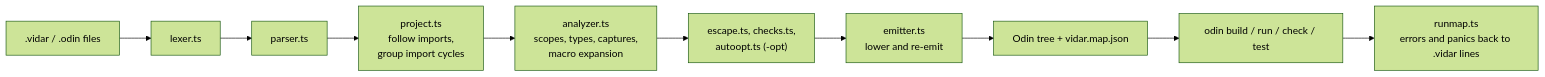
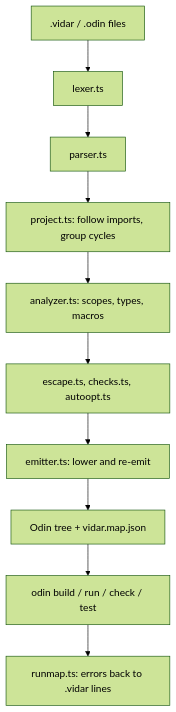
One commit to saenai255/vidar-lang changed the diagram in docs/internals/architecture.md. Above: the diagram before and after it, drawn with Mermaid (forest theme). The commit also changed 16 other files, not shown here.

````diff
--- a/docs/internals/architecture.md
+++ b/docs/internals/architecture.md
@@ -5,12 +5,12 @@
 ```mermaid
-flowchart LR
+flowchart TD
     src[".vidar / .odin files"] --> lex["lexer.ts"]
     lex --> parse["parser.ts"]
-    parse --> load["project.ts<br/>follow imports,<br/>group import cycles"]
-    load --> an["analyzer.ts<br/>scopes, types, captures,<br/>macro expansion"]
-    an --> chk["escape.ts, checks.ts,<br/>autoopt.ts (-opt)"]
-    chk --> emit["emitter.ts<br/>lower and re-emit"]
+    parse --> load["project.ts: follow imports, group cycles"]
+    load --> an["analyzer.ts: scopes, types, macros"]
+    an --> chk["escape.ts, checks.ts, autoopt.ts"]
+    chk --> emit["emitter.ts: lower and re-emit"]
     emit --> out["Odin tree + vidar.map.json"]
     out --> odin["odin build / run / check / test"]
-    odin --> map["runmap.ts<br/>errors and panics back to .vidar lines"]
+    odin --> map["runmap.ts: errors back to .vidar lines"]
 ```
````
